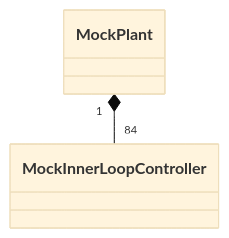
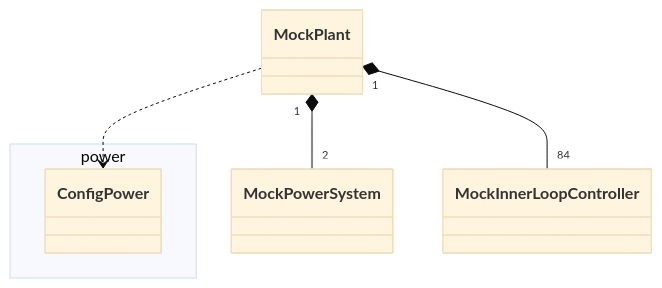
One commit to lsst-ts/ts_mtm2_controller changed the seventh of 7 diagrams in doc/class_diagram.md. Above: the diagram before and after it, drawn with Mermaid (base theme). The commit also changed 1 other file, not shown here.

Commit message:
Update the documents.

````diff
--- a/doc/class_diagram.md
+++ b/doc/class_diagram.md
@@ -270,5 +270,11 @@
 ```mermaid
 classDiagram
 
+namespace power {
+  class ConfigPower
+}
+
+MockPlant ..> ConfigPower
+MockPlant "1" *-- "2" MockPowerSystem
 MockPlant "1" *-- "84" MockInnerLoopController
 ```
````
